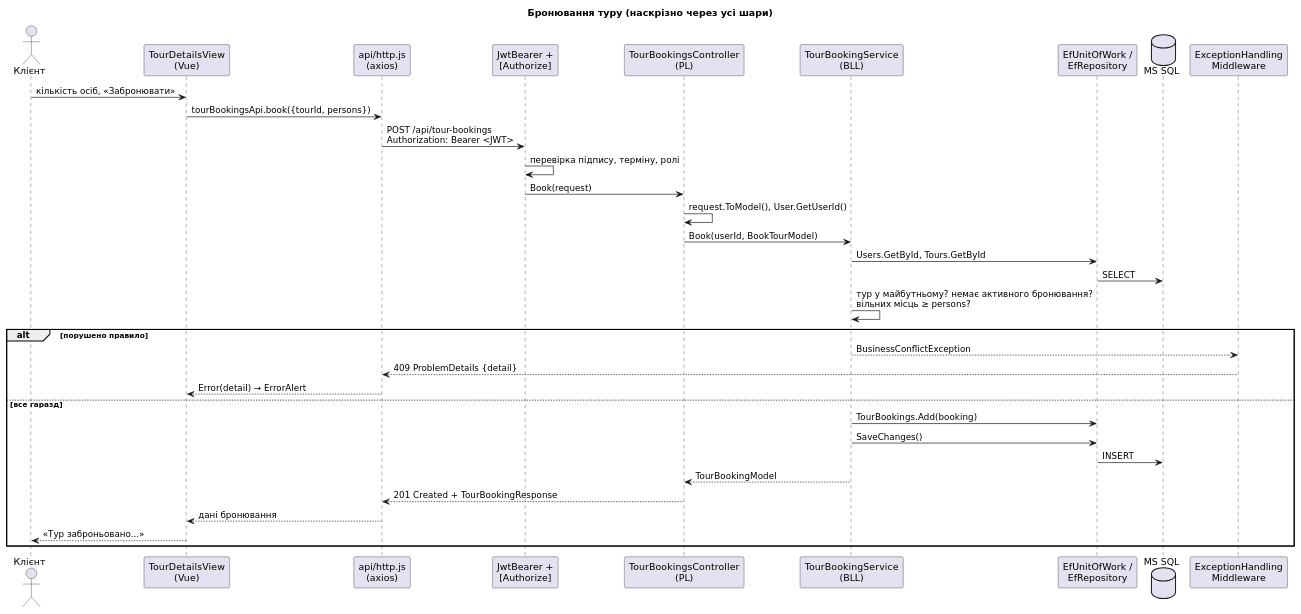
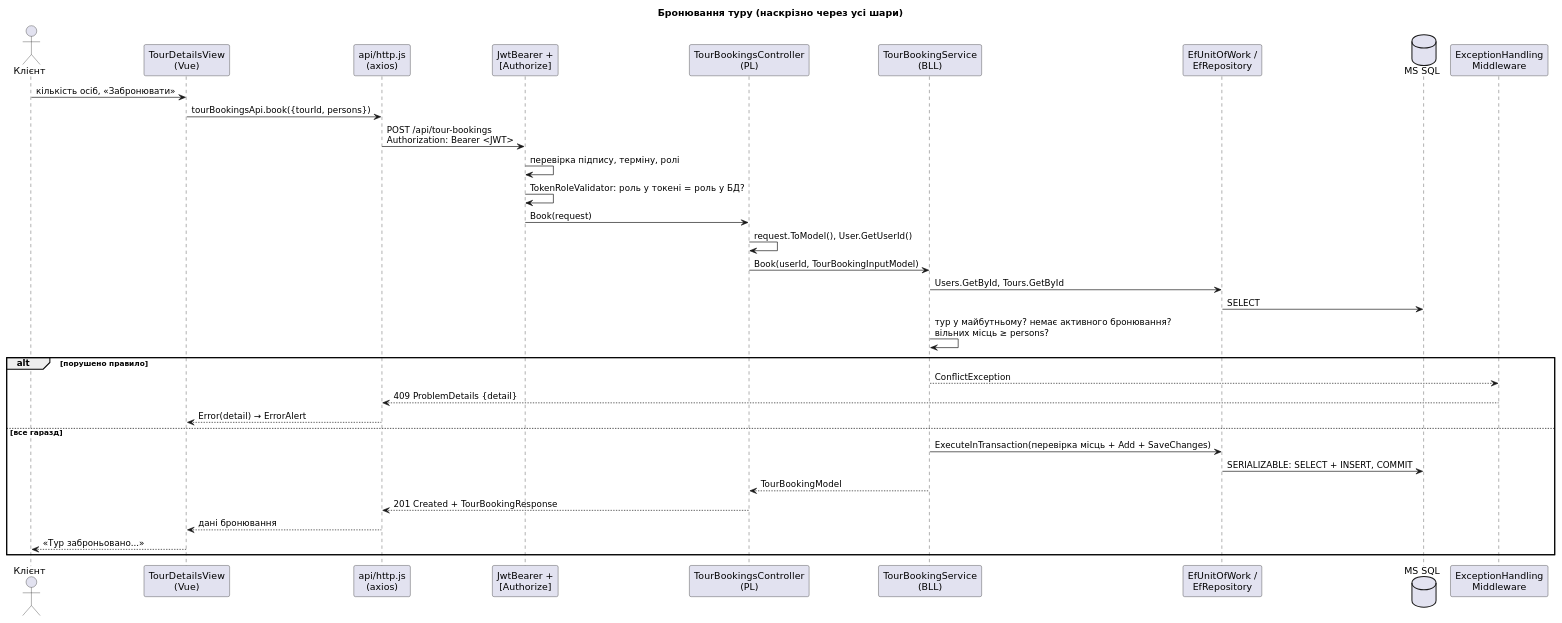
The diagram in docs/uml/11-sequence-book-tour.puml (01eksandr0/Bz-121-24-1-PI-2-backend), drawn with PlantUML before and after one commit. The commit also changed 10 other files, not shown here.

Commit message:
TA-19: update README, UML sources, backlog and CLAUDE.md after review fixes

```diff
--- a/docs/uml/11-sequence-book-tour.puml
+++ b/docs/uml/11-sequence-book-tour.puml
@@ -1,40 +1,40 @@
 @startuml
 skinparam defaultFontName DejaVu Sans
 skinparam shadowing false
 skinparam classAttributeIconSize 0
 skinparam packageStyle rectangle
 title Бронювання туру (наскрізно через усі шари)
 actor Клієнт
 participant "TourDetailsView\n(Vue)" as V
 participant "api/http.js\n(axios)" as H
 participant "JwtBearer +\n[Authorize]" as J
 participant "TourBookingsController\n(PL)" as C
 participant "TourBookingService\n(BLL)" as S
 participant "EfUnitOfWork /\nEfRepository" as U
 database "MS SQL" as DB
 participant "ExceptionHandling\nMiddleware" as X
 
 Клієнт -> V : кількість осіб, «Забронювати»
 V -> H : tourBookingsApi.book({tourId, persons})
 H -> J : POST /api/tour-bookings\nAuthorization: Bearer <JWT>
 J -> J : перевірка підпису, терміну, ролі
+J -> J : TokenRoleValidator: роль у токені = роль у БД?
 J -> C : Book(request)
 C -> C : request.ToModel(), User.GetUserId()
-C -> S : Book(userId, BookTourModel)
+C -> S : Book(userId, TourBookingInputModel)
 S -> U : Users.GetById, Tours.GetById
 U -> DB : SELECT
 S -> S : тур у майбутньому? немає активного бронювання?\nвільних місць ≥ persons?
 alt порушено правило
-  S --> X : BusinessConflictException
+  S --> X : ConflictException
   X --> H : 409 ProblemDetails {detail}
   H --> V : Error(detail) → ErrorAlert
 else все гаразд
-  S -> U : TourBookings.Add(booking)
-  S -> U : SaveChanges()
-  U -> DB : INSERT
+  S -> U : ExecuteInTransaction(перевірка місць + Add + SaveChanges)
+  U -> DB : SERIALIZABLE: SELECT + INSERT, COMMIT
   S --> C : TourBookingModel
   C --> H : 201 Created + TourBookingResponse
   H --> V : дані бронювання
   V --> Клієнт : «Тур заброньовано...»
 end
 @enduml
```
